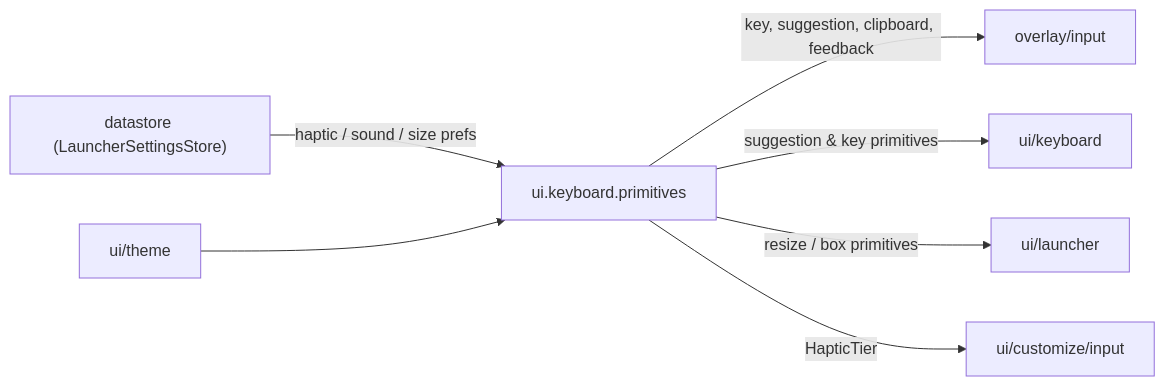
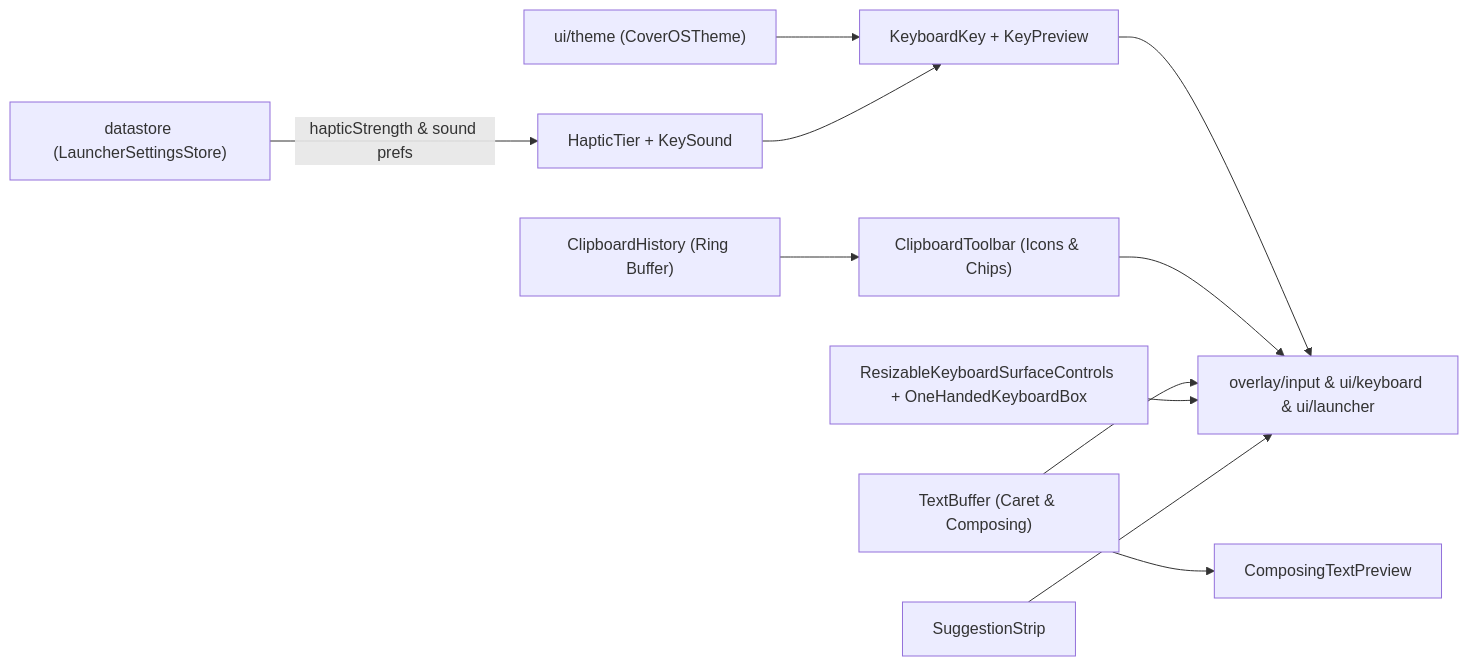
Before and after one commit to tyejaedon/Cover-Screen-OS: the diagram in app/src/main/java/com/tyejaedon/coverscreenos/ui/keyboard/primitives/README.md, drawn with Mermaid. The commit also changed other lines of this file and 157 other files, not shown here.

````diff
--- a/app/src/main/java/com/tyejaedon/coverscreenos/ui/keyboard/primitives/README.md
+++ b/app/src/main/java/com/tyejaedon/coverscreenos/ui/keyboard/primitives/README.md
@@ -20,9 +133,13 @@
 ```mermaid
 flowchart LR
-    Store["datastore (LauncherSettingsStore)"] -->|"haptic / sound / size prefs"| Primitives["ui.keyboard.primitives"]
-    Theme["ui/theme"] --> Primitives
-    Primitives -->|"key, suggestion, clipboard, feedback"| InputOverlay["overlay/input"]
-    Primitives -->|"suggestion & key primitives"| UIKeyboard["ui/keyboard"]
-    Primitives -->|"resize / box primitives"| Launcher["ui/launcher"]
-    Primitives -->|"HapticTier"| CustomizeInput["ui/customize/input"]
+    Store["datastore (LauncherSettingsStore)"] -->|"hapticStrength & sound prefs"| Feedback["HapticTier + KeySound"]
+    Theme["ui/theme (CoverOSTheme)"] --> Key["KeyboardKey + KeyPreview"]
+    Feedback --> Key
+    Key --> Hosts["overlay/input & ui/keyboard & ui/launcher"]
+    Clip["ClipboardHistory (Ring Buffer)"] --> ClipUI["ClipboardToolbar (Icons & Chips)"]
+    ClipUI --> Hosts
+    Buffer["TextBuffer (Caret & Composing)"] --> Preview["ComposingTextPreview"]
+    Buffer --> Hosts
+    Resize["ResizableKeyboardSurfaceControls + OneHandedKeyboardBox"] --> Hosts
+    Suggest["SuggestionStrip"] --> Hosts
 ```
````
